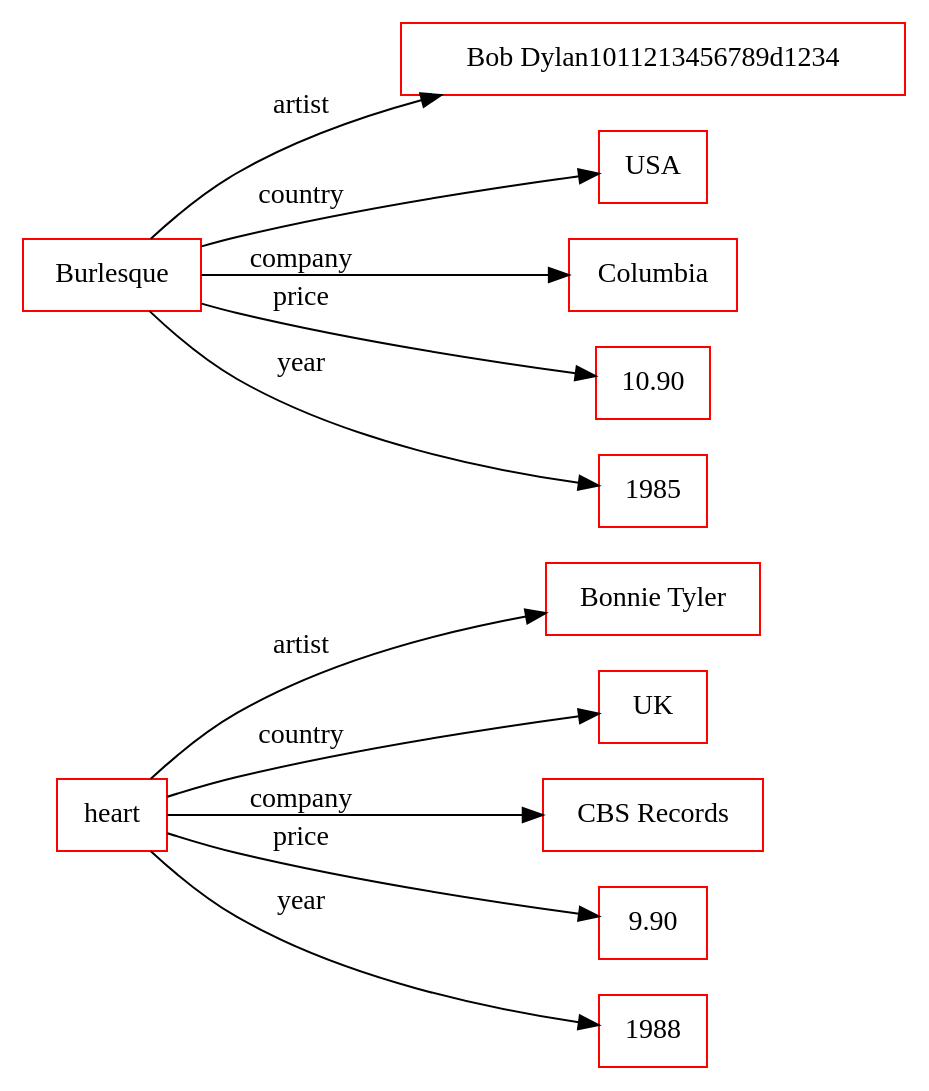
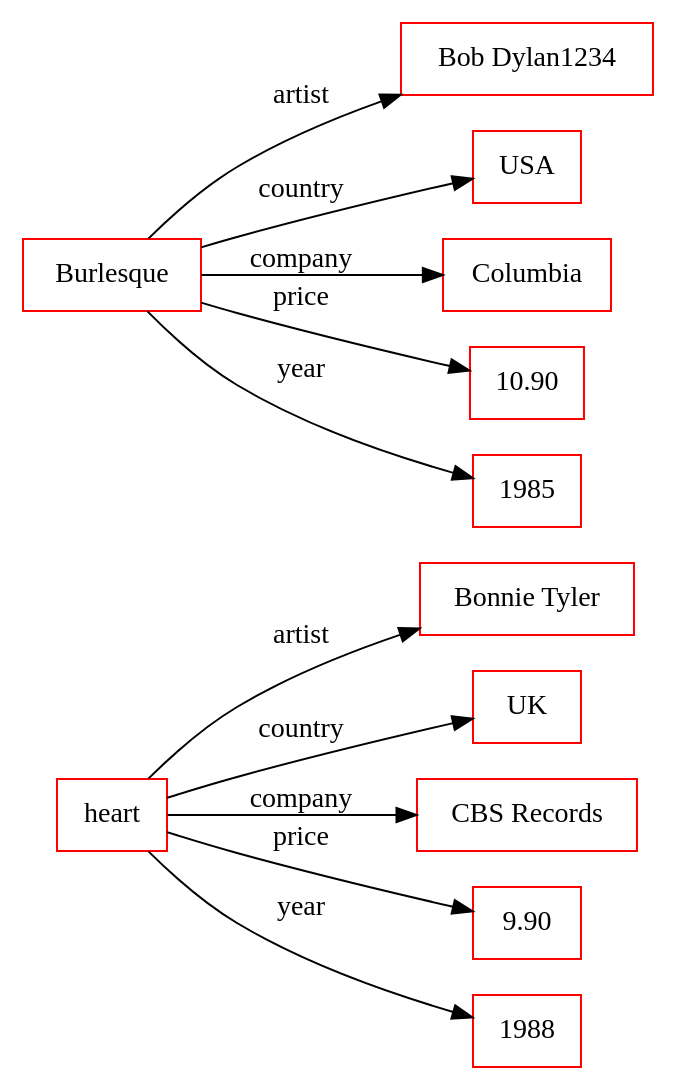
The diagram in drawings/ar2dtool-class.conf/org/sample.rdf.png.dot (ahmad88me/target), drawn with Graphviz before and after one commit. The commit also changed 3 other files, not shown here.

```diff
--- a/drawings/ar2dtool-class.conf/org/sample.rdf.png.dot
+++ b/drawings/ar2dtool-class.conf/org/sample.rdf.png.dot
@@ -1,16 +1,16 @@
 digraph ar2dtool_diagram { 
 rankdir=LR;
 size="1000"
-node [shape = rectangle, color="red"]; "Bonnie Tyler" "UK" "CBS Records" "9.90" "1988" "Bob Dylan1011213456789d1234" "USA" "Columbia" "10.90" "1985" ; /*literals style*/
+node [shape = rectangle, color="red"]; "Bonnie Tyler" "UK" "CBS Records" "9.90" "1988" "Bob Dylan1234" "USA" "Columbia" "10.90" "1985" ; /*literals style*/
 	"heart" -> "Bonnie Tyler" [ label = "artist" ];
 	"heart" -> "UK" [ label = "country" ];
 	"heart" -> "CBS Records" [ label = "company" ];
 	"heart" -> "9.90" [ label = "price" ];
 	"heart" -> "1988" [ label = "year" ];
-	"Burlesque" -> "Bob Dylan1011213456789d1234" [ label = "artist" ];
+	"Burlesque" -> "Bob Dylan1234" [ label = "artist" ];
 	"Burlesque" -> "USA" [ label = "country" ];
 	"Burlesque" -> "Columbia" [ label = "company" ];
 	"Burlesque" -> "10.90" [ label = "price" ];
 	"Burlesque" -> "1985" [ label = "year" ];
 
 }
```
